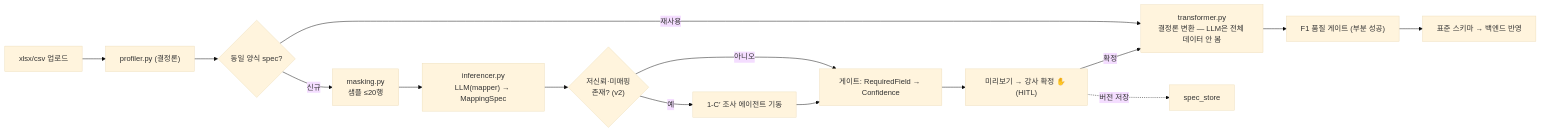
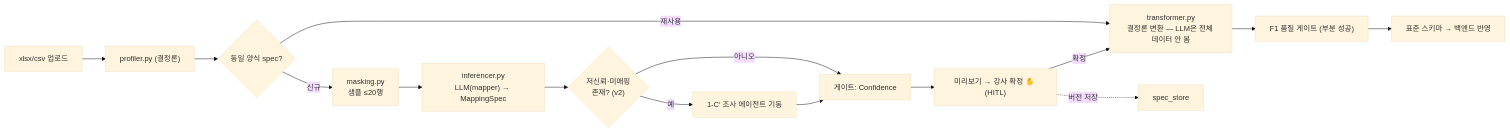
One commit to MTVS5-CheckOn/CheckOn-AI changed the fourth of 12 diagrams in docs/part_a/02_design.md. Above: the diagram before and after it, drawn with Mermaid (base theme). The commit also changed other lines of this file and 6 other files, not shown here.

First line of the commit message:
docs(import): 승우 확정 반영 잔여 정리 — §2 표 RequiredField·probe 주석

````diff
--- a/docs/part_a/02_design.md
+++ b/docs/part_a/02_design.md
@@ -93,17 +93,17 @@
 ```mermaid
 flowchart LR
   UP["xlsx/csv 업로드"] --> PF["profiler.py (결정론)"]
   PF --> HIT{"동일 양식 spec?"}
   HIT -->|재사용| TR
   HIT -->|신규| MK["masking.py<br/>샘플 ≤20행"]
   MK --> INF["inferencer.py<br/>LLM(mapper) → MappingSpec"]
   INF --> LOW{"저신뢰·미매핑<br/>존재? (v2)"}
   LOW -->|"예"| PRB["1-C′ 조사 에이전트 기동"]
   LOW -->|아니오| GT
-  PRB --> GT["게이트: RequiredField → Confidence"]
+  PRB --> GT["게이트: Confidence"]
   GT --> PV["미리보기 → 강사 확정 ✋ (HITL)"]
   PV -->|확정| TR["transformer.py<br/>결정론 변환 — LLM은 전체 데이터 안 봄"]
   TR --> F1["F1 품질 게이트 (부분 성공)"]
   F1 --> OUT2["표준 스키마 → 백엔드 반영"]
   PV -.->|버전 저장| ST["spec_store"]
 ```
````
